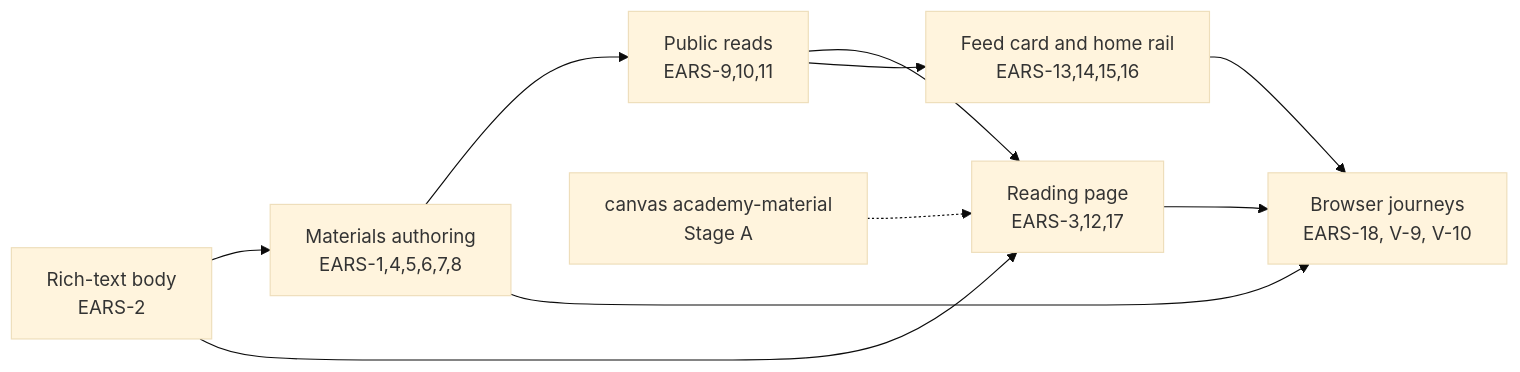
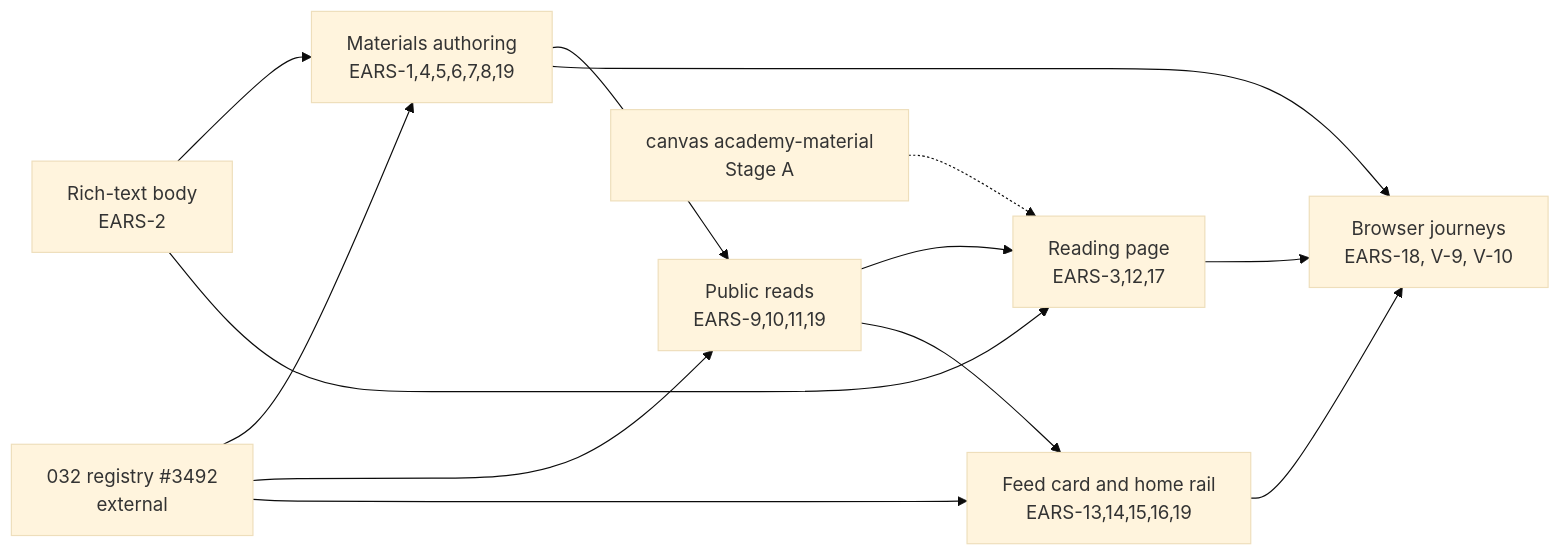
Before and after one commit to doctor-school/ds-platform: the fourth of 4 diagrams in apps/docs/content/specs/features/048-materials-feed/048-design.md, drawn with Mermaid (base theme). The commit also changed other lines of this file and 4 other files, not shown here.

````diff
--- a/apps/docs/content/specs/features/048-materials-feed/048-design.md
+++ b/apps/docs/content/specs/features/048-materials-feed/048-design.md
@@ -210,12 +218,15 @@
 ```mermaid
 flowchart LR
-  B[Rich-text body<br/>EARS-2] --> A[Materials authoring<br/>EARS-1,4,5,6,7,8]
-  A --> R[Public reads<br/>EARS-9,10,11]
+  O[032 registry #3492<br/>external] --> A
+  O --> R
+  O --> H
+  B[Rich-text body<br/>EARS-2] --> A[Materials authoring<br/>EARS-1,4,5,6,7,8,19]
+  A --> R[Public reads<br/>EARS-9,10,11,19]
   R --> P[Reading page<br/>EARS-3,12,17]
   B --> P
   C[canvas academy-material<br/>Stage A] -.-> P
-  R --> H[Feed card and home rail<br/>EARS-13,14,15,16]
+  R --> H[Feed card and home rail<br/>EARS-13,14,15,16,19]
   A --> J[Browser journeys<br/>EARS-18, V-9, V-10]
   P --> J
   H --> J
 ```
````
